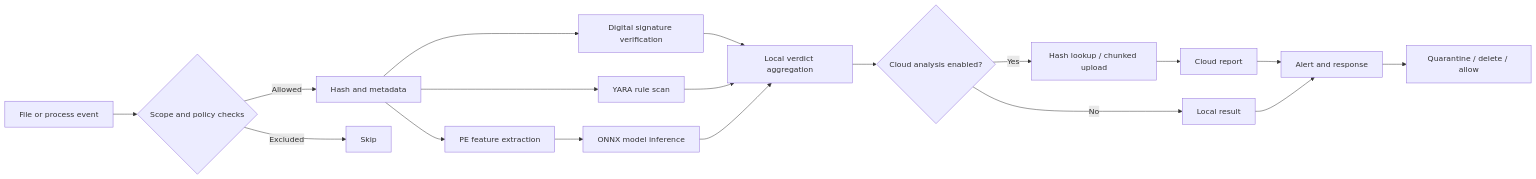
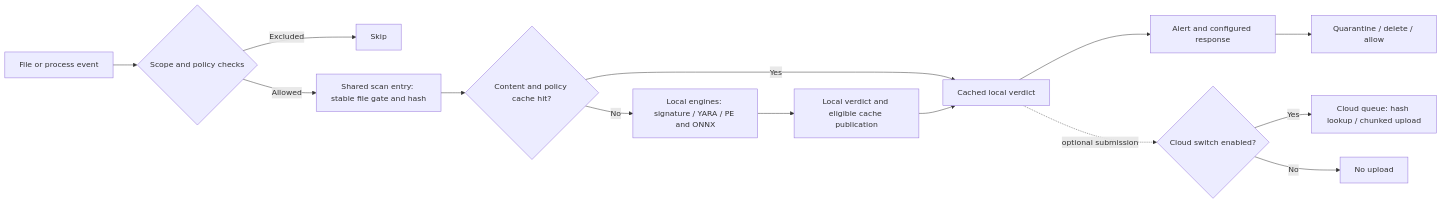
Before and after one commit to 87owo/PYAS: the first of 2 diagrams in README.md, drawn with Mermaid. The commit also changed other lines of this file and 27 other files, not shown here.

````diff
--- a/README.md
+++ b/README.md
@@ -57,20 +59,16 @@
 ```mermaid
 flowchart LR
     A[File or process event] --> B{Scope and policy checks}
-    B -->|Allowed| C[Hash and metadata]
     B -->|Excluded| Z[Skip]
-    C --> D[Digital signature verification]
-    C --> E[YARA rule scan]
-    C --> F[PE feature extraction]
-    F --> G[ONNX model inference]
-    D --> H[Local verdict aggregation]
-    E --> H
-    G --> H
-    H --> I{Cloud analysis enabled?}
-    I -->|Yes| J[Hash lookup / chunked upload]
-    J --> K[Cloud report]
-    I -->|No| L[Local result]
-    K --> M[Alert and response]
-    L --> M
+    B -->|Allowed| C[Shared scan entry: stable file gate and hash]
+    C --> D{Content and policy cache hit?}
+    D -->|Yes| H[Cached local verdict]
+    D -->|No| E[Local engines: signature / YARA / PE and ONNX]
+    E --> F[Local verdict and eligible cache publication]
+    F --> H
+    H --> M[Alert and configured response]
     M --> N[Quarantine / delete / allow]
+    H -. optional submission .-> I{Cloud switch enabled?}
+    I -->|Yes| J[Cloud queue: hash lookup / chunked upload]
+    I -->|No| K[No upload]
 ```
````
